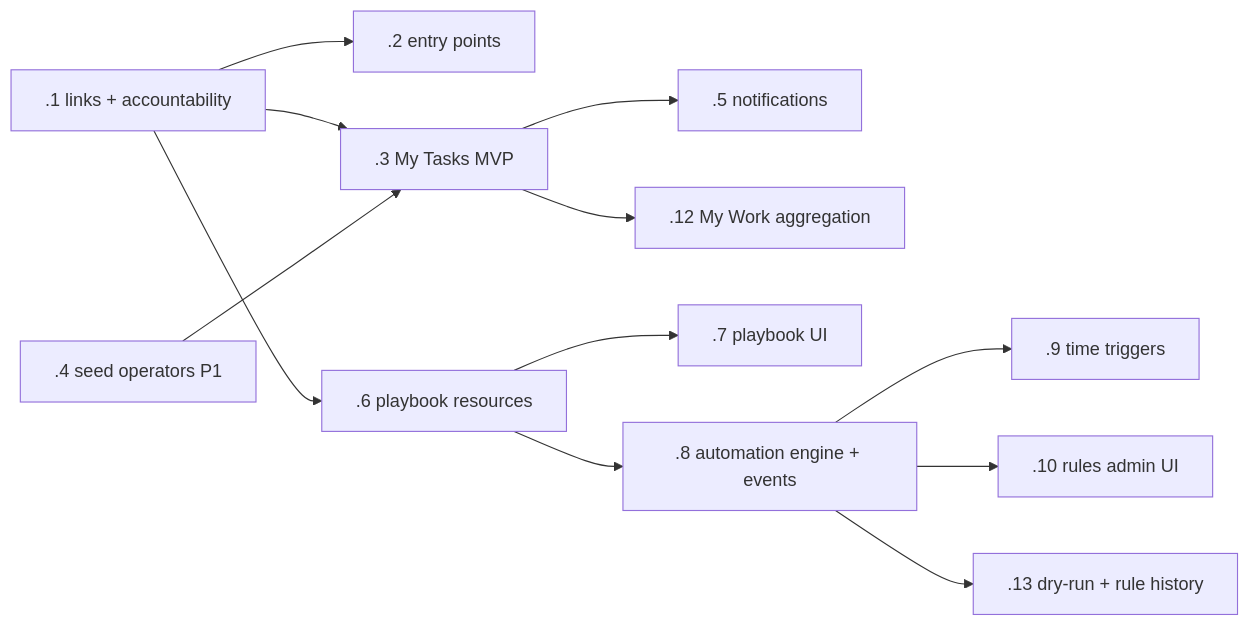
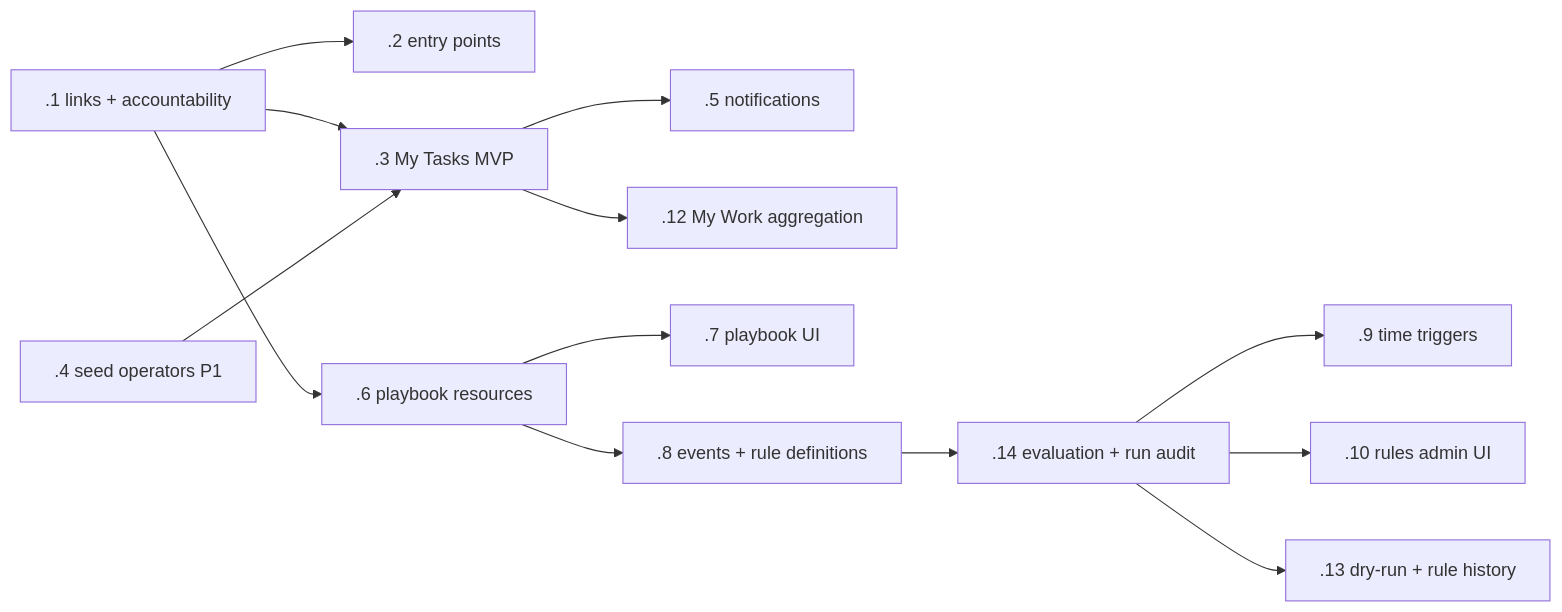
One commit to Gnome-Automation/gnome_garden changed the diagram in docs/task-system-plan.md. Above: the diagram before and after it, drawn with Mermaid. The commit also changed other lines of this file, not shown here.

````diff
--- a/docs/task-system-plan.md
+++ b/docs/task-system-plan.md
@@ -143,14 +159,15 @@
 ```mermaid
 graph LR
     ts1[.1 links + accountability] --> ts2[.2 entry points]
     ts1 --> ts3[.3 My Tasks MVP]
     ts4[.4 seed operators P1] --> ts3
     ts3 --> ts5[.5 notifications]
     ts3 --> ts12[.12 My Work aggregation]
     ts1 --> ts6[.6 playbook resources]
     ts6 --> ts7[.7 playbook UI]
-    ts6 --> ts8[.8 automation engine + events]
-    ts8 --> ts9[.9 time triggers]
-    ts8 --> ts10[.10 rules admin UI]
-    ts8 --> ts13[.13 dry-run + rule history]
+    ts6 --> ts8[.8 events + rule definitions]
+    ts8 --> ts14[.14 evaluation + run audit]
+    ts14 --> ts9[.9 time triggers]
+    ts14 --> ts10[.10 rules admin UI]
+    ts14 --> ts13[.13 dry-run + rule history]
 ```
````
